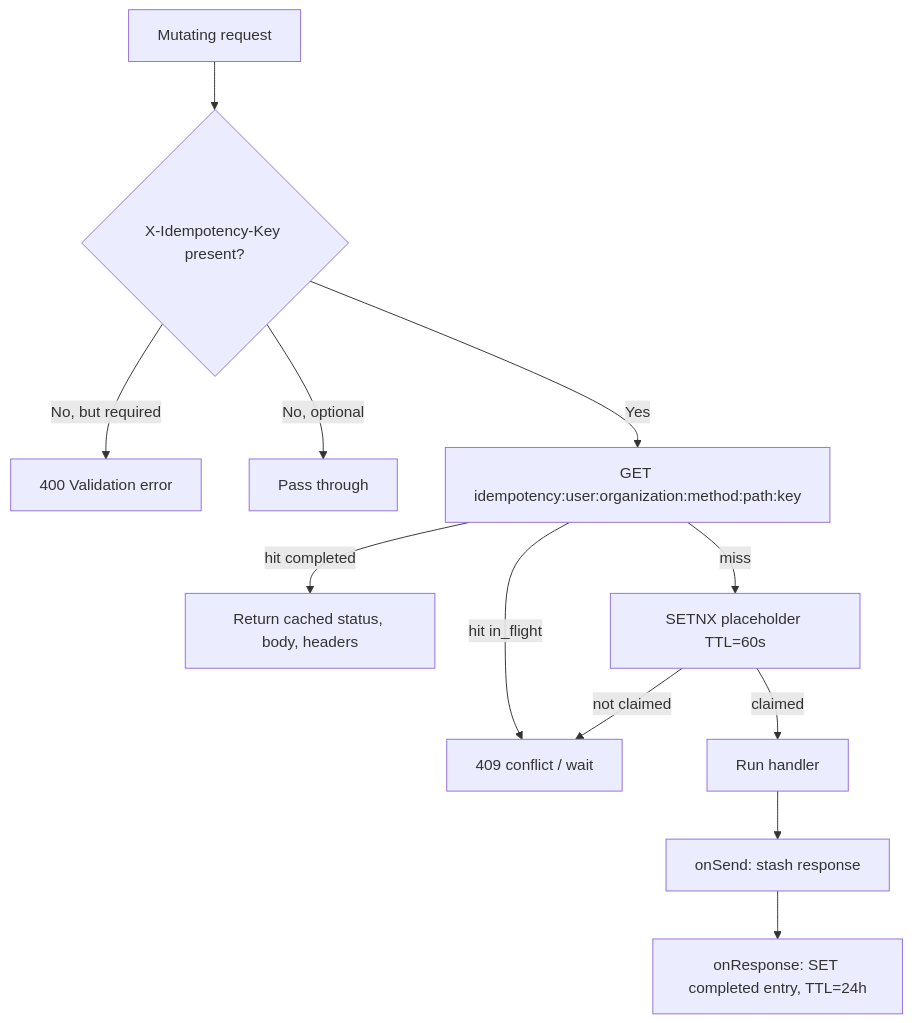
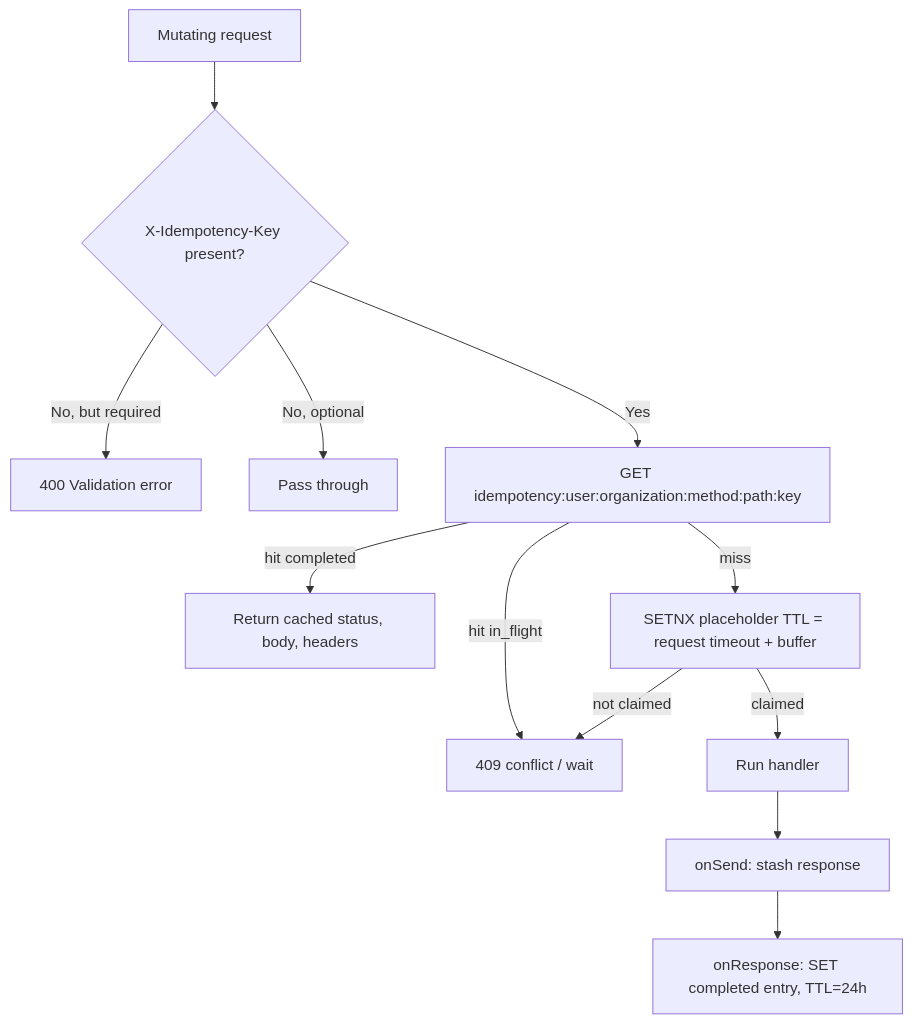
One commit to albetrios/clinozy-be changed the second of 4 diagrams in src/PATTERNS.md. Above: the diagram before and after it, drawn with Mermaid. The commit also changed other lines of this file and 7 other files, not shown here.

First line of the commit message:
fix(idempotency): keep the in-flight placeholder alive for the request timeout

````diff
--- a/src/PATTERNS.md
+++ b/src/PATTERNS.md
@@ -89,14 +89,14 @@
 ```mermaid
 flowchart TD
     A[Mutating request] --> B{X-Idempotency-Key present?}
     B -- No, but required --> R[400 Validation error]
     B -- No, optional --> X[Pass through]
     B -- Yes --> C[GET idempotency:user:organization:method:path:key]
     C -- hit completed --> D[Return cached status, body, headers]
     C -- hit in_flight --> E[409 conflict / wait]
-    C -- miss --> F[SETNX placeholder TTL=60s]
+    C -- miss --> F[SETNX placeholder TTL = request timeout + buffer]
     F -- claimed --> G[Run handler]
     G --> H[onSend: stash response]
     H --> I[onResponse: SET completed entry, TTL=24h]
     F -- not claimed --> E
 ```
````
